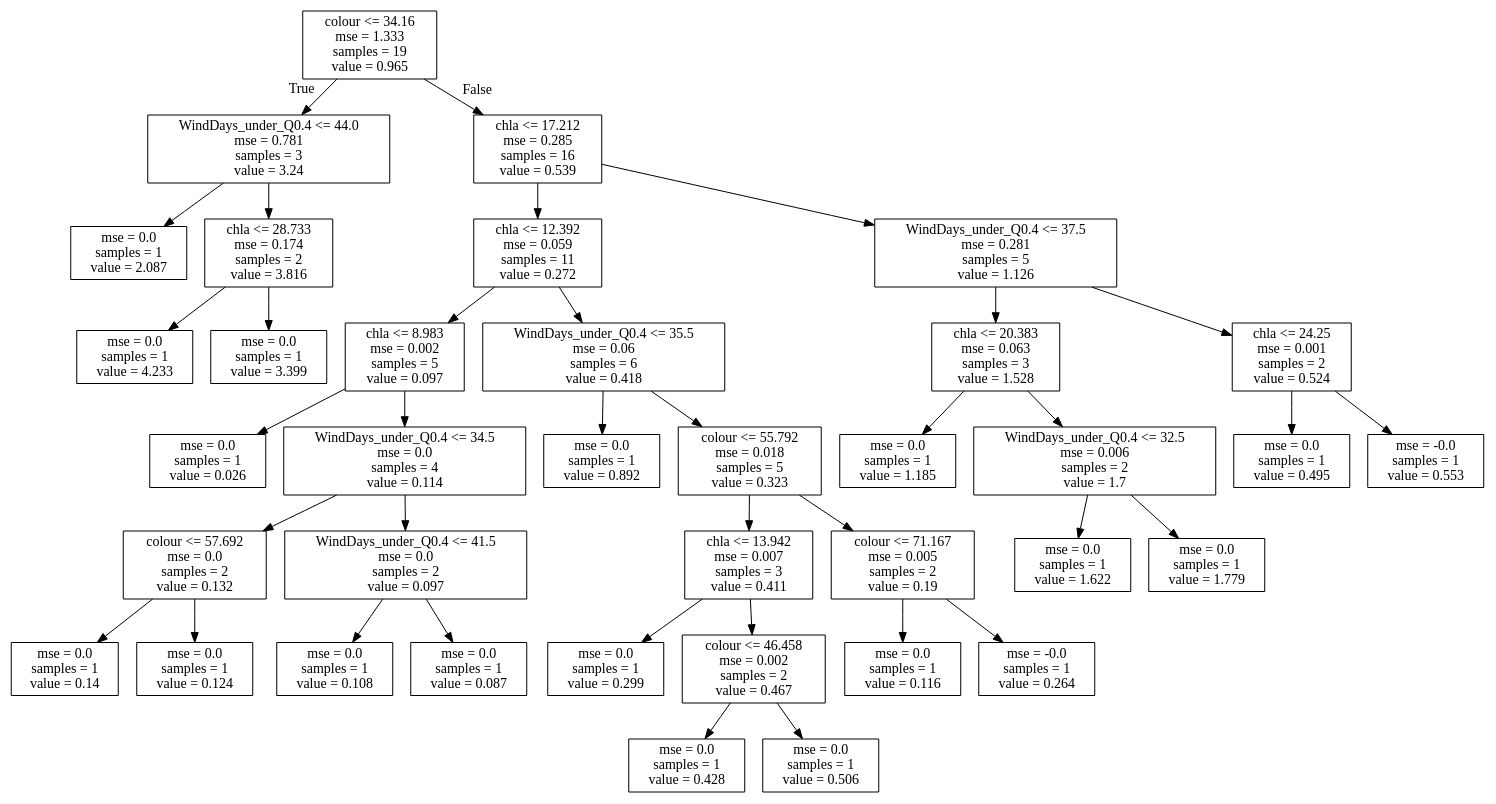
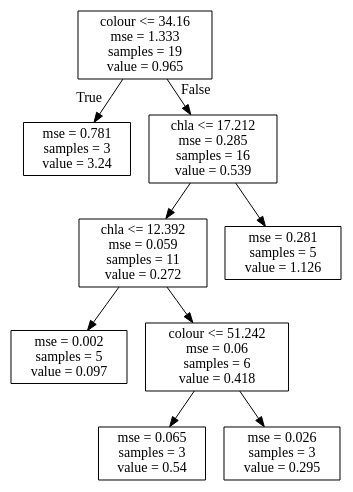
Before and after one commit to icra/WATExR: the diagram in Norway_Morsa/Model_Development/Figures/Discretization_regTrees/AllVarsTogether/aut_Cyano.dot, drawn with Graphviz. The commit also changed 56 other files, not shown here.

```diff
--- a/Norway_Morsa/Model_Development/Figures/Discretization_regTrees/AllVarsTogether/aut_Cyano.dot
+++ b/Norway_Morsa/Model_Development/Figures/Discretization_regTrees/AllVarsTogether/aut_Cyano.dot
@@ -1,76 +1,20 @@
 digraph Tree {
 node [shape=box] ;
 0 [label="colour <= 34.16\nmse = 1.333\nsamples = 19\nvalue = 0.965"] ;
-1 [label="WindDays_under_Q0.4 <= 44.0\nmse = 0.781\nsamples = 3\nvalue = 3.24"] ;
+1 [label="mse = 0.781\nsamples = 3\nvalue = 3.24"] ;
 0 -> 1 [labeldistance=2.5, labelangle=45, headlabel="True"] ;
-2 [label="mse = 0.0\nsamples = 1\nvalue = 2.087"] ;
-1 -> 2 ;
-3 [label="chla <= 28.733\nmse = 0.174\nsamples = 2\nvalue = 3.816"] ;
-1 -> 3 ;
-4 [label="mse = 0.0\nsamples = 1\nvalue = 4.233"] ;
-3 -> 4 ;
-5 [label="mse = 0.0\nsamples = 1\nvalue = 3.399"] ;
+2 [label="chla <= 17.212\nmse = 0.285\nsamples = 16\nvalue = 0.539"] ;
+0 -> 2 [labeldistance=2.5, labelangle=-45, headlabel="False"] ;
+3 [label="chla <= 12.392\nmse = 0.059\nsamples = 11\nvalue = 0.272"] ;
+2 -> 3 ;
+5 [label="mse = 0.002\nsamples = 5\nvalue = 0.097"] ;
 3 -> 5 ;
-6 [label="chla <= 17.212\nmse = 0.285\nsamples = 16\nvalue = 0.539"] ;
-0 -> 6 [labeldistance=2.5, labelangle=-45, headlabel="False"] ;
-7 [label="chla <= 12.392\nmse = 0.059\nsamples = 11\nvalue = 0.272"] ;
+6 [label="colour <= 51.242\nmse = 0.06\nsamples = 6\nvalue = 0.418"] ;
+3 -> 6 ;
+7 [label="mse = 0.065\nsamples = 3\nvalue = 0.54"] ;
 6 -> 7 ;
-8 [label="chla <= 8.983\nmse = 0.002\nsamples = 5\nvalue = 0.097"] ;
-7 -> 8 ;
-9 [label="mse = 0.0\nsamples = 1\nvalue = 0.026"] ;
-8 -> 9 ;
-10 [label="WindDays_under_Q0.4 <= 34.5\nmse = 0.0\nsamples = 4\nvalue = 0.114"] ;
-8 -> 10 ;
-11 [label="colour <= 57.692\nmse = 0.0\nsamples = 2\nvalue = 0.132"] ;
-10 -> 11 ;
-12 [label="mse = 0.0\nsamples = 1\nvalue = 0.14"] ;
-11 -> 12 ;
-13 [label="mse = 0.0\nsamples = 1\nvalue = 0.124"] ;
-11 -> 13 ;
-14 [label="WindDays_under_Q0.4 <= 41.5\nmse = 0.0\nsamples = 2\nvalue = 0.097"] ;
-10 -> 14 ;
-15 [label="mse = 0.0\nsamples = 1\nvalue = 0.108"] ;
-14 -> 15 ;
-16 [label="mse = 0.0\nsamples = 1\nvalue = 0.087"] ;
-14 -> 16 ;
-17 [label="WindDays_under_Q0.4 <= 35.5\nmse = 0.06\nsamples = 6\nvalue = 0.418"] ;
-7 -> 17 ;
-18 [label="mse = 0.0\nsamples = 1\nvalue = 0.892"] ;
-17 -> 18 ;
-19 [label="colour <= 55.792\nmse = 0.018\nsamples = 5\nvalue = 0.323"] ;
-17 -> 19 ;
-20 [label="chla <= 13.942\nmse = 0.007\nsamples = 3\nvalue = 0.411"] ;
-19 -> 20 ;
-21 [label="mse = 0.0\nsamples = 1\nvalue = 0.299"] ;
-20 -> 21 ;
-22 [label="colour <= 46.458\nmse = 0.002\nsamples = 2\nvalue = 0.467"] ;
-20 -> 22 ;
-23 [label="mse = 0.0\nsamples = 1\nvalue = 0.428"] ;
-22 -> 23 ;
-24 [label="mse = 0.0\nsamples = 1\nvalue = 0.506"] ;
-22 -> 24 ;
-25 [label="colour <= 71.167\nmse = 0.005\nsamples = 2\nvalue = 0.19"] ;
-19 -> 25 ;
-26 [label="mse = 0.0\nsamples = 1\nvalue = 0.116"] ;
-25 -> 26 ;
-27 [label="mse = -0.0\nsamples = 1\nvalue = 0.264"] ;
-25 -> 27 ;
-28 [label="WindDays_under_Q0.4 <= 37.5\nmse = 0.281\nsamples = 5\nvalue = 1.126"] ;
-6 -> 28 ;
-29 [label="chla <= 20.383\nmse = 0.063\nsamples = 3\nvalue = 1.528"] ;
-28 -> 29 ;
-30 [label="mse = 0.0\nsamples = 1\nvalue = 1.185"] ;
-29 -> 30 ;
-31 [label="WindDays_under_Q0.4 <= 32.5\nmse = 0.006\nsamples = 2\nvalue = 1.7"] ;
-29 -> 31 ;
-32 [label="mse = 0.0\nsamples = 1\nvalue = 1.622"] ;
-31 -> 32 ;
-33 [label="mse = 0.0\nsamples = 1\nvalue = 1.779"] ;
-31 -> 33 ;
-34 [label="chla <= 24.25\nmse = 0.001\nsamples = 2\nvalue = 0.524"] ;
-28 -> 34 ;
-35 [label="mse = 0.0\nsamples = 1\nvalue = 0.495"] ;
-34 -> 35 ;
-36 [label="mse = -0.0\nsamples = 1\nvalue = 0.553"] ;
-34 -> 36 ;
+8 [label="mse = 0.026\nsamples = 3\nvalue = 0.295"] ;
+6 -> 8 ;
+4 [label="mse = 0.281\nsamples = 5\nvalue = 1.126"] ;
+2 -> 4 ;
 }
```
